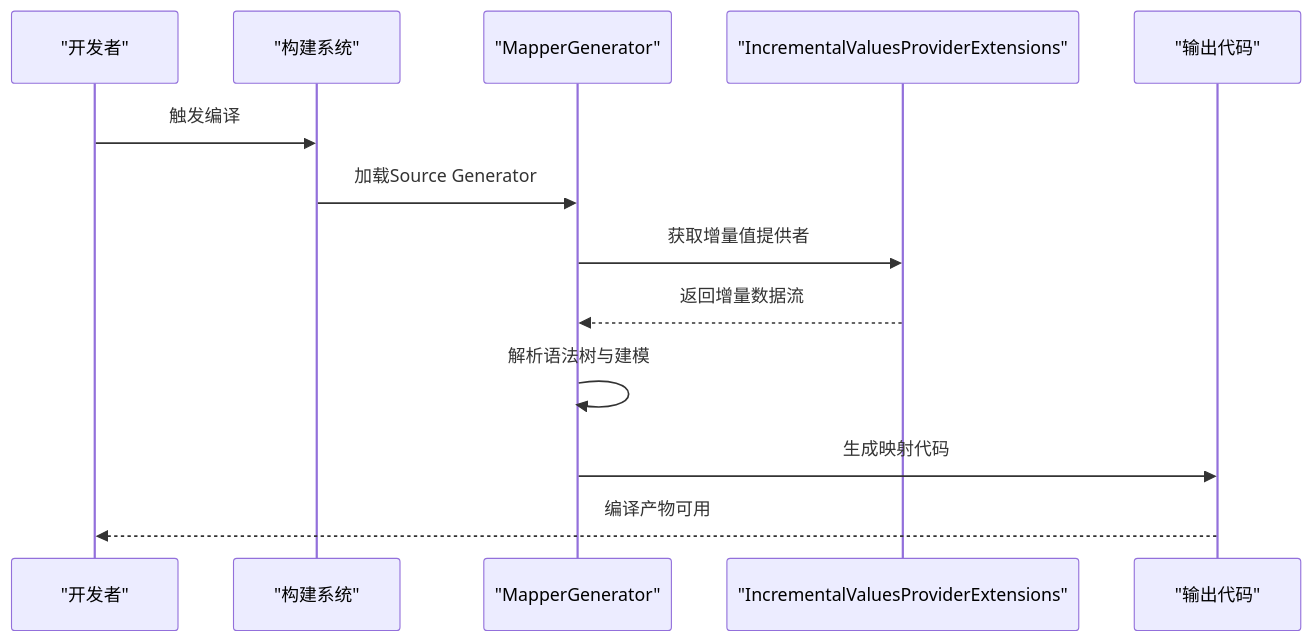
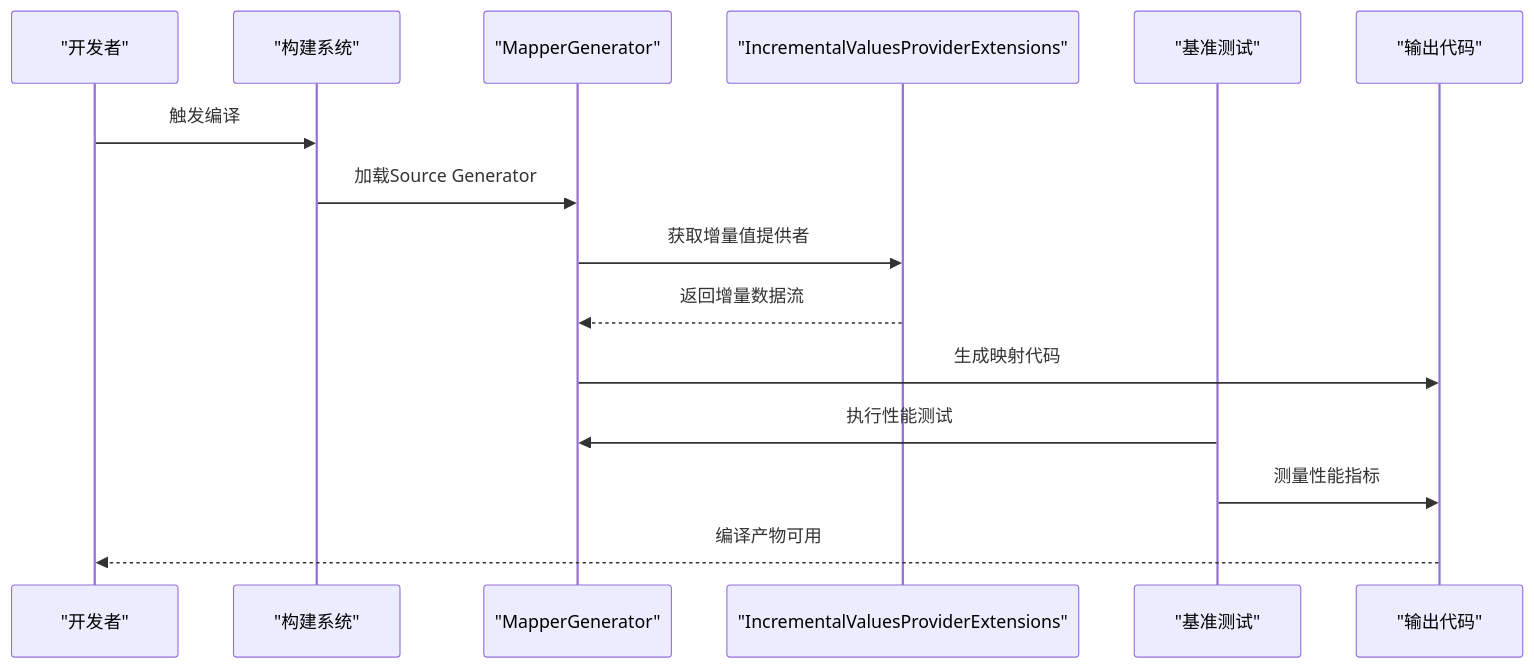
Before and after one commit to alivy/AutoCode: the second of 6 diagrams in .qoder/repowiki/zh/content/调试与诊断/性能监控与优化.md, drawn with Mermaid. The commit also changed other lines of this file and 150 other files, not shown here.

````diff
--- a/.qoder/repowiki/zh/content/调试与诊断/性能监控与优化.md
+++ b/.qoder/repowiki/zh/content/调试与诊断/性能监控与优化.md
@@ -89,15 +117,17 @@
 ```mermaid
 sequenceDiagram
 participant Dev as "开发者"
 participant Build as "构建系统"
 participant Gen as "MapperGenerator"
 participant Ext as "IncrementalValuesProviderExtensions"
+participant Bench as "基准测试"
 participant Out as "输出代码"
 Dev->>Build : 触发编译
 Build->>Gen : 加载Source Generator
 Gen->>Ext : 获取增量值提供者
 Ext-->>Gen : 返回增量数据流
-Gen->>Gen : 解析语法树与建模
 Gen->>Out : 生成映射代码
+Bench->>Gen : 执行性能测试
+Bench->>Out : 测量性能指标
 Out-->>Dev : 编译产物可用
 ```
````
